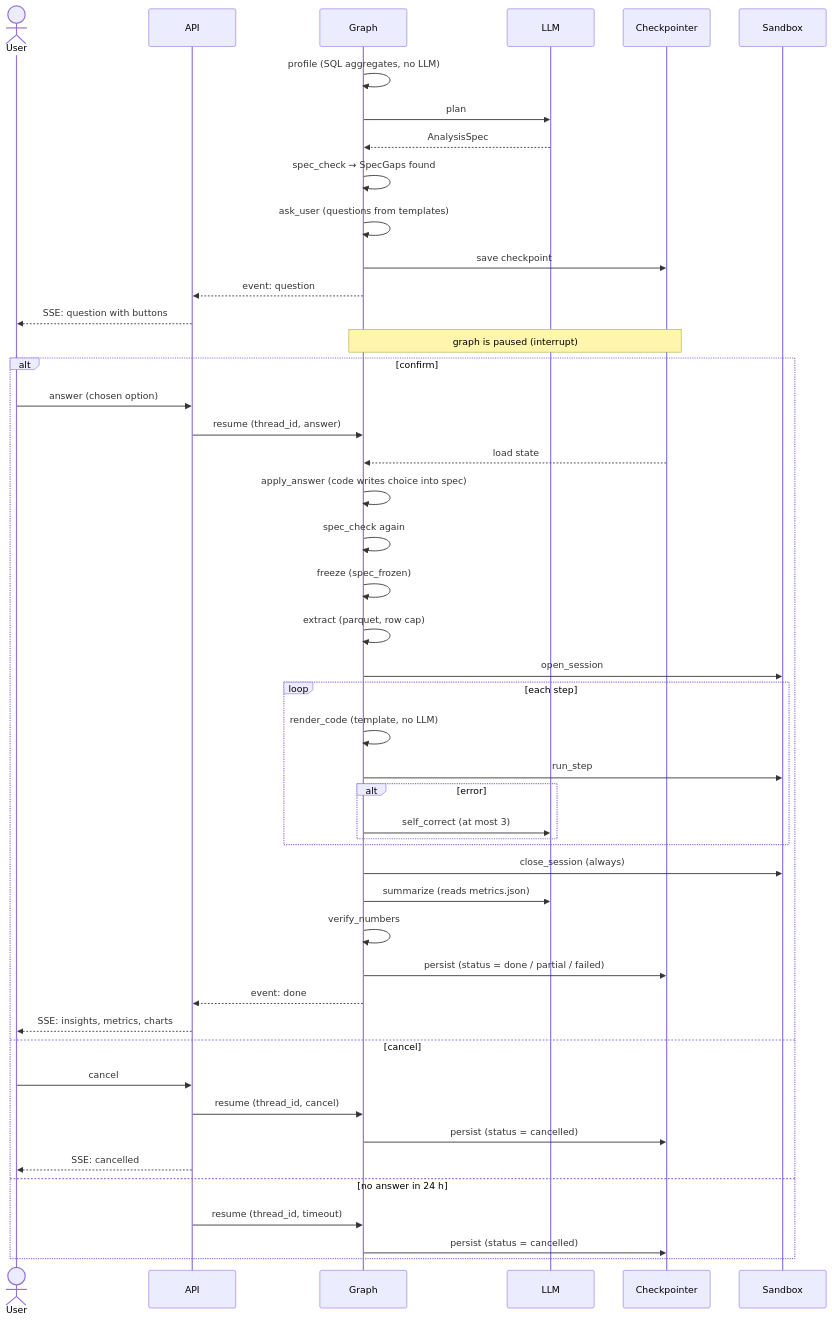
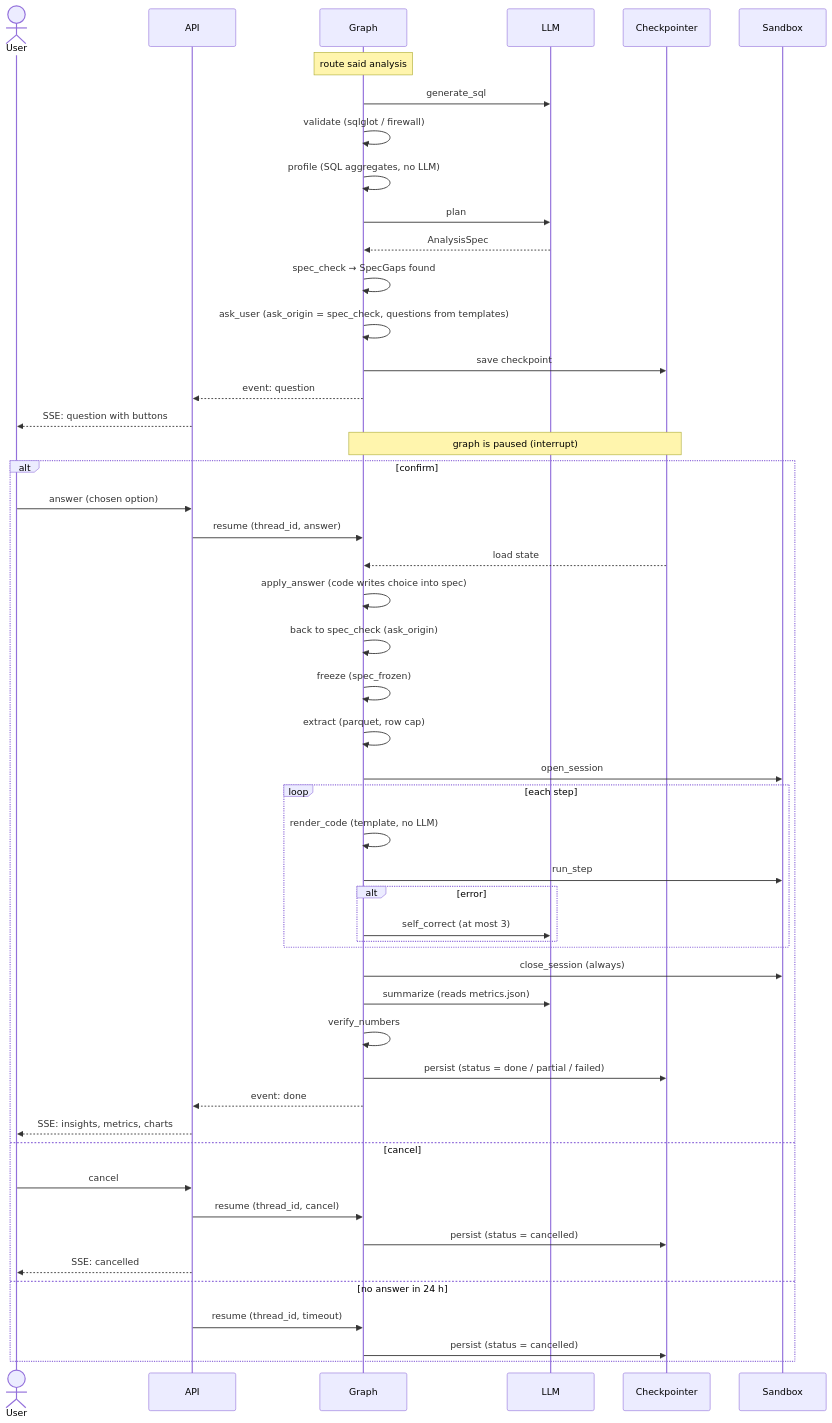
One commit to BafoyevaShakhrizoda/analytics changed the third of 3 diagrams in docs/build-graph-hil.md. Above: the diagram before and after it, drawn with Mermaid. The commit also changed other lines of this file, not shown here.

Commit message:
docs: name the two ask_user points (before SQL, before sandbox)

````diff
--- a/docs/build-graph-hil.md
+++ b/docs/build-graph-hil.md
@@ -106,51 +116,54 @@
 ```mermaid
 sequenceDiagram
     actor U as User
     participant API
     participant G as Graph
     participant LLM
     participant CP as Checkpointer
     participant SB as Sandbox
 
+    Note over G: route said analysis
+    G->>LLM: generate_sql
+    G->>G: validate (sqlglot / firewall)
     G->>G: profile (SQL aggregates, no LLM)
     G->>LLM: plan
     LLM-->>G: AnalysisSpec
     G->>G: spec_check → SpecGaps found
-    G->>G: ask_user (questions from templates)
+    G->>G: ask_user (ask_origin = spec_check, questions from templates)
     G->>CP: save checkpoint
     G-->>API: event: question
     API-->>U: SSE: question with buttons
     Note over G,CP: graph is paused (interrupt)
 
     alt confirm
         U->>API: answer (chosen option)
         API->>G: resume (thread_id, answer)
         CP-->>G: load state
         G->>G: apply_answer (code writes choice into spec)
-        G->>G: spec_check again
+        G->>G: back to spec_check (ask_origin)
         G->>G: freeze (spec_frozen)
         G->>G: extract (parquet, row cap)
         G->>SB: open_session
         loop each step
             G->>G: render_code (template, no LLM)
             G->>SB: run_step
             alt error
                 G->>LLM: self_correct (at most 3)
             end
         end
         G->>SB: close_session (always)
         G->>LLM: summarize (reads metrics.json)
         G->>G: verify_numbers
         G->>CP: persist (status = done / partial / failed)
         G-->>API: event: done
         API-->>U: SSE: insights, metrics, charts
     else cancel
         U->>API: cancel
         API->>G: resume (thread_id, cancel)
         G->>CP: persist (status = cancelled)
         API-->>U: SSE: cancelled
     else no answer in 24 h
         API->>G: resume (thread_id, timeout)
         G->>CP: persist (status = cancelled)
     end
 ```
````
